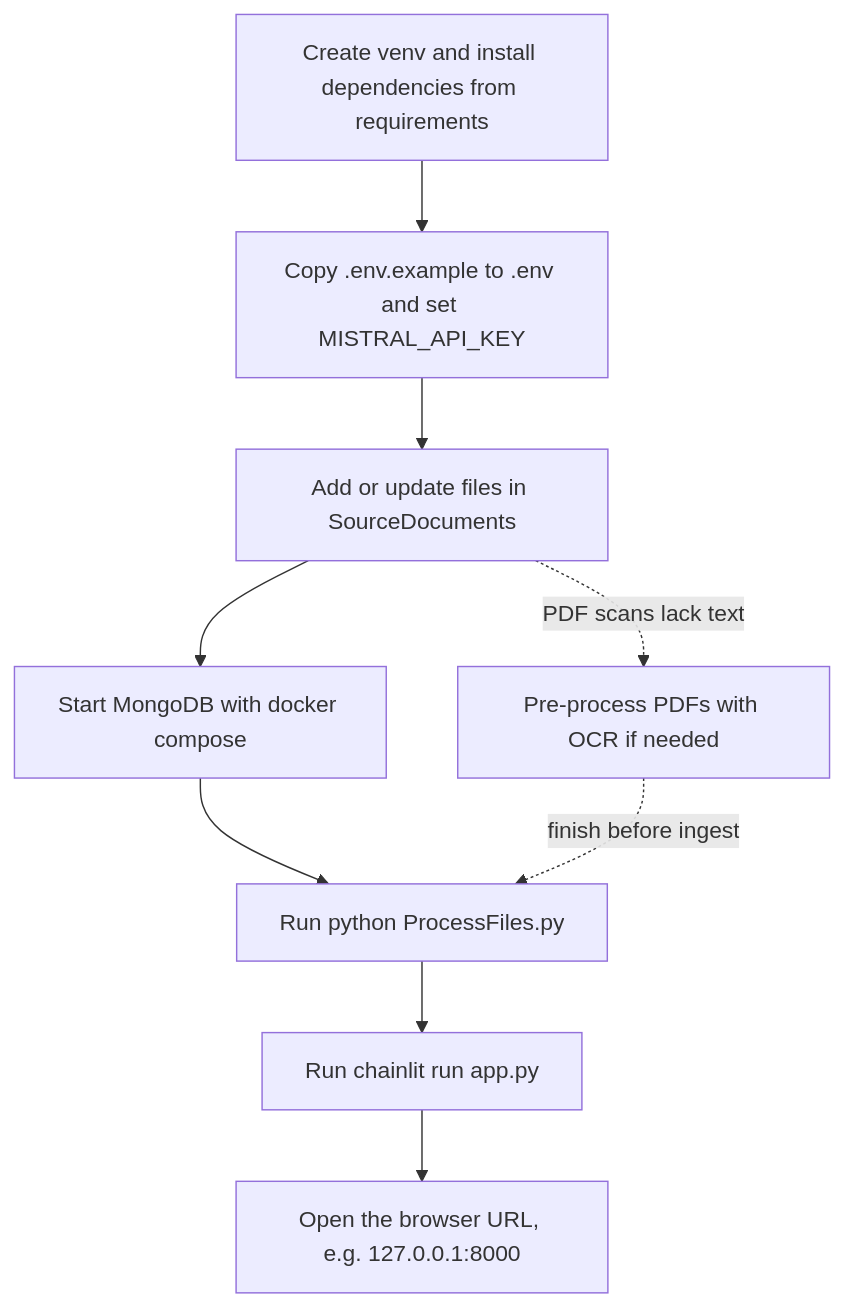
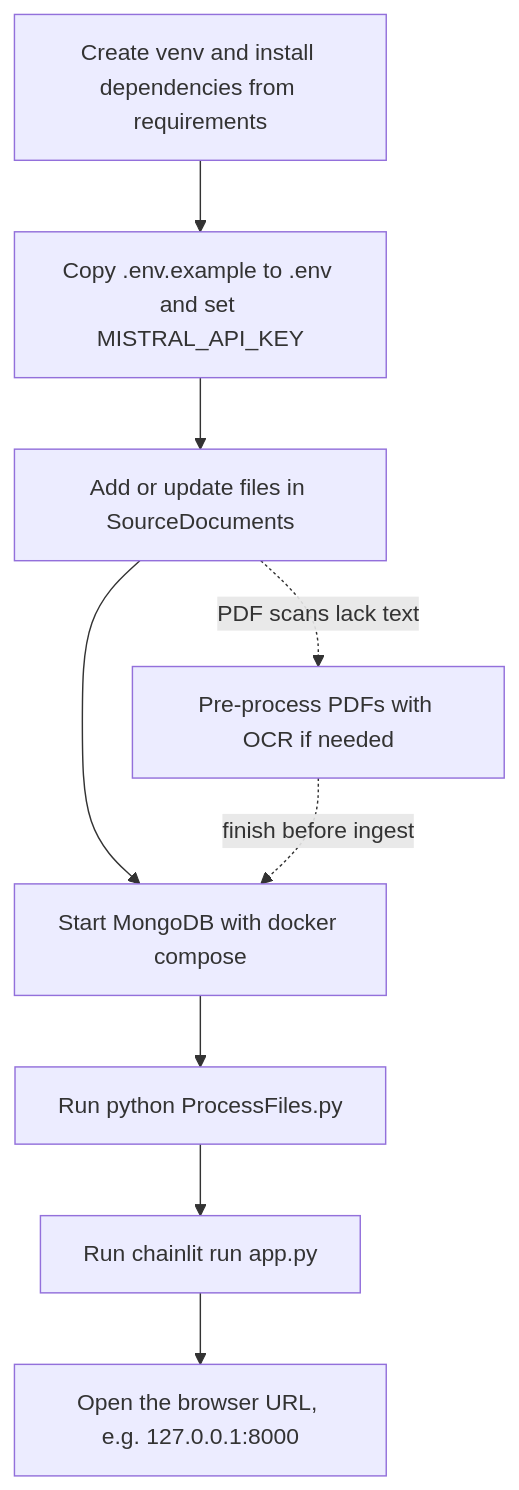
One commit to rendzina/Giulia-Chatbot-v1 changed the diagram in README.md. Above: the diagram before and after it, drawn with Mermaid.

Commit message:
Correct flowchart in README.md to accurately depict the OCR processing sequence by linking 'ocrPdf' to 'startMongo' instead of 'ingest'.

````diff
--- a/README.md
+++ b/README.md
@@ -41,20 +41,20 @@
 ```mermaid
 flowchart TD
   firstVenv[Create venv and install dependencies from requirements]
   firstEnv[Copy .env.example to .env and set MISTRAL_API_KEY]
   addFiles[Add or update files in SourceDocuments]
   startMongo[Start MongoDB with docker compose]
   
   ingest[Run python ProcessFiles.py]
   ocrPdf[Pre-process PDFs with OCR if needed]
   runUi[Run chainlit run app.py]
   openUi["Open the browser URL, e.g. 127.0.0.1:8000"]
   firstVenv --> firstEnv
   firstEnv --> addFiles
   addFiles --> startMongo
   startMongo --> ingest
   addFiles -.->|PDF scans lack text| ocrPdf
-  ocrPdf -.->|finish before ingest| ingest
+  ocrPdf -.->|finish before ingest| startMongo
   ingest --> runUi
   runUi --> openUi
 ```
````
